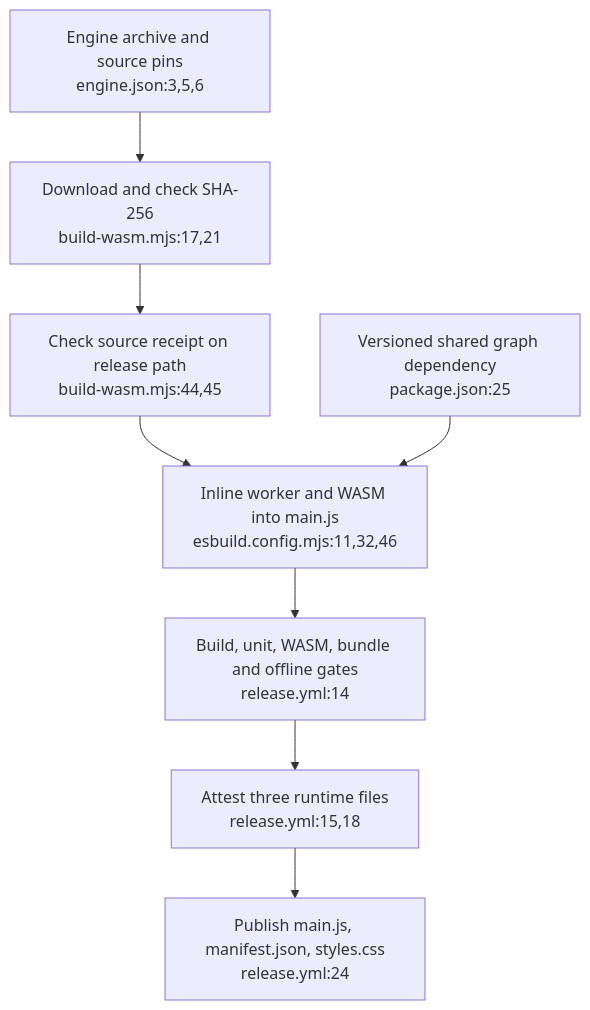
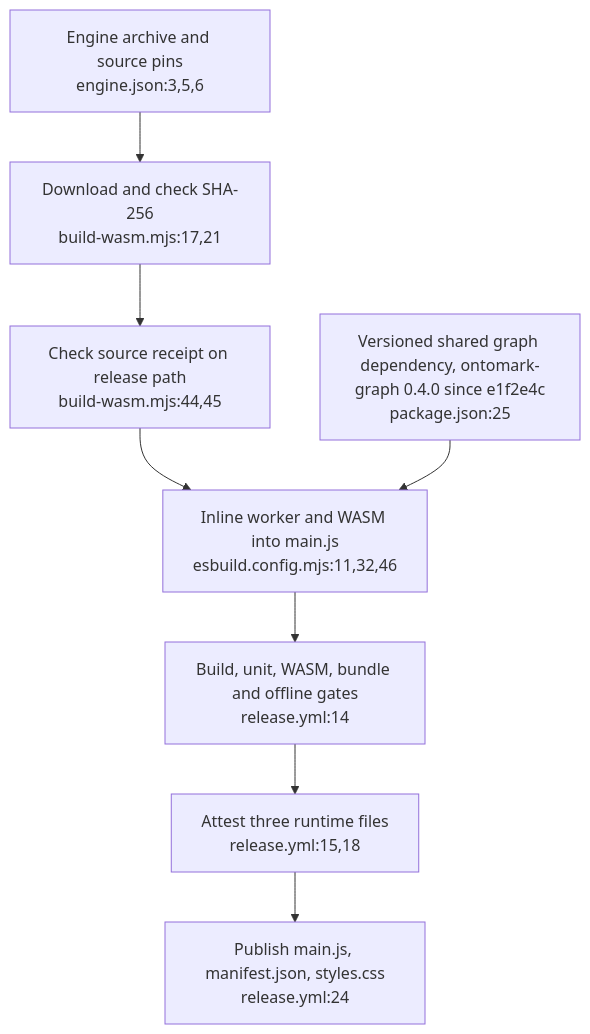
Before and after one commit to DreamLab-AI/VisionFlow: the first of 4 diagrams in docs/diagrams/ontomark/09-obsidian-host-lifecycle.md, drawn with Mermaid. The commit also changed other lines of this file and 20 other files, not shown here.

First line of the commit message:
docs(diagrams): ontomark and ontomark-obsidian re-verified (graph 0.4.0, plugin 0.6.0)

````diff
--- a/docs/diagrams/ontomark/09-obsidian-host-lifecycle.md
+++ b/docs/diagrams/ontomark/09-obsidian-host-lifecycle.md
@@ -41,10 +41,10 @@
 ```mermaid
 flowchart TD
     P["Engine archive and source pins<br/>engine.json:3,5,6"] --> H["Download and check SHA-256<br/>build-wasm.mjs:17,21"]
     H --> R["Check source receipt on release path<br/>build-wasm.mjs:44,45"]
     R --> W["Inline worker and WASM into main.js<br/>esbuild.config.mjs:11,32,46"]
-    G["Versioned shared graph dependency<br/>package.json:25"] --> W
+    G["Versioned shared graph dependency, ontomark-graph 0.4.0 since e1f2e4c<br/>package.json:25"] --> W
     W --> T["Build, unit, WASM, bundle and offline gates<br/>release.yml:14"]
     T --> A["Attest three runtime files<br/>release.yml:15,18"]
     A --> F["Publish main.js, manifest.json, styles.css<br/>release.yml:24"]
 ```
````
